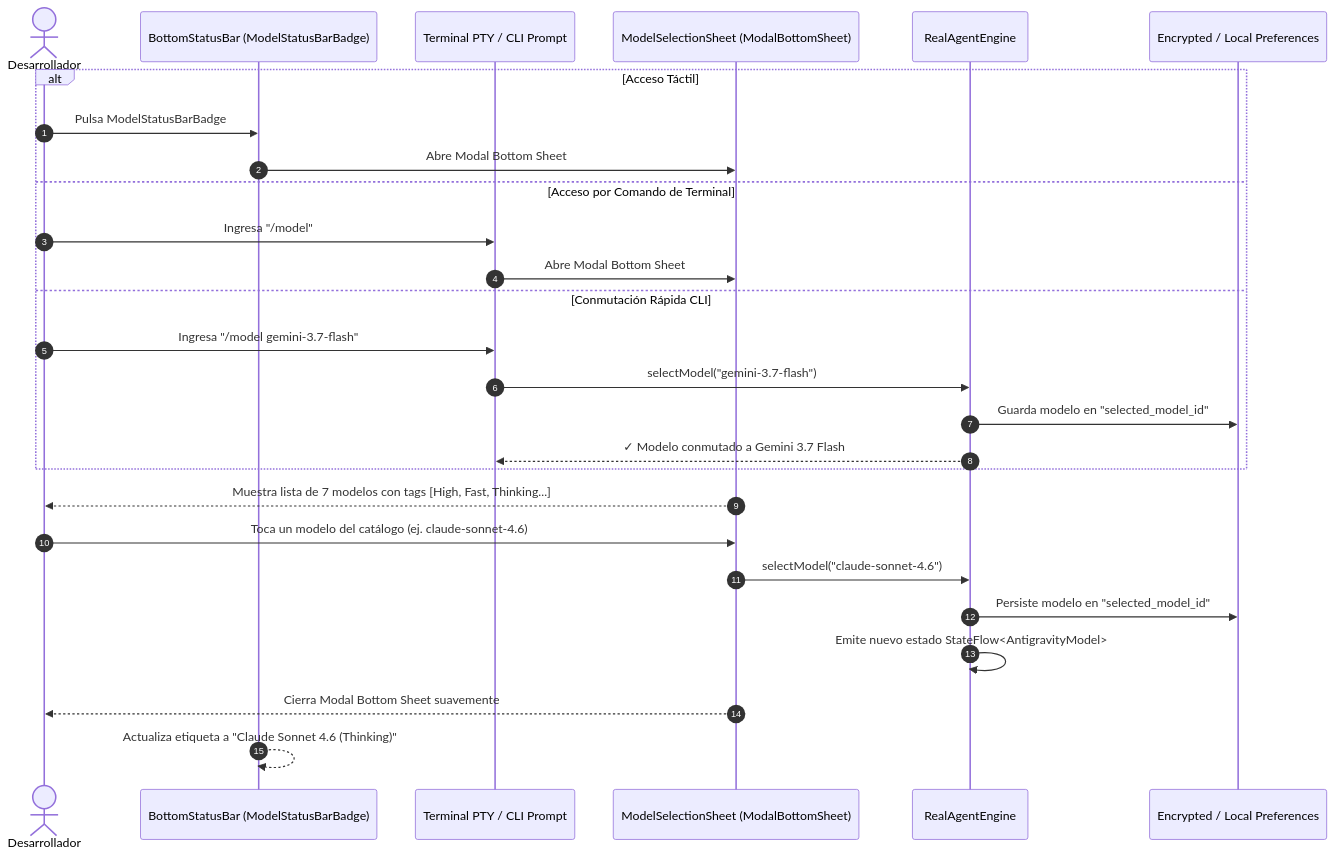
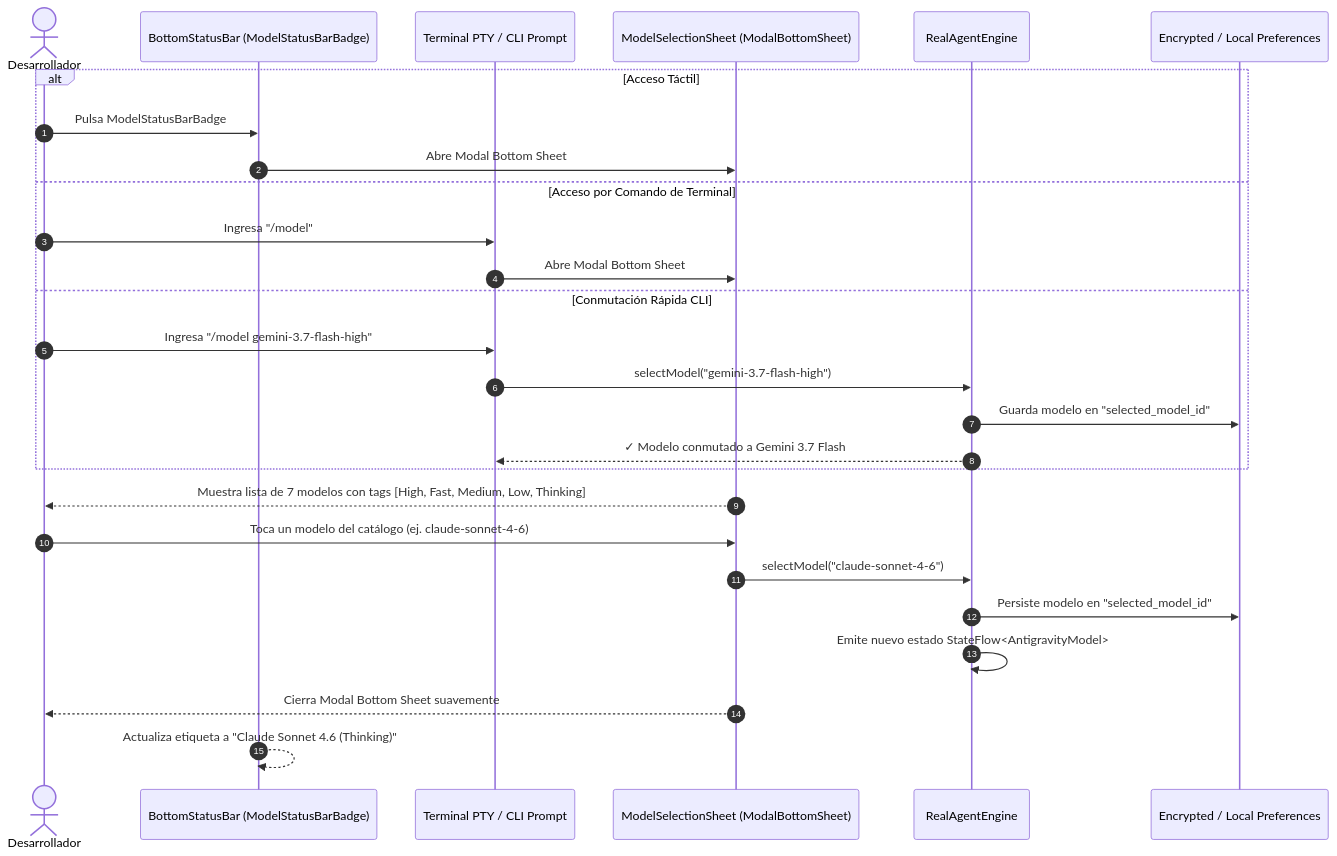
Before and after one commit to Yhoanes/antigravity-studio: the fourth of 4 diagrams in specs/02-google-oauth-agent.md, drawn with Mermaid. The commit also changed other lines of this file and 4 other files, not shown here.

````diff
--- a/specs/02-google-oauth-agent.md
+++ b/specs/02-google-oauth-agent.md
@@ -677,31 +699,31 @@
 ```mermaid
 sequenceDiagram
     autonumber
     actor Dev as Desarrollador
     participant Bar as BottomStatusBar (ModelStatusBarBadge)
     participant Term as Terminal PTY / CLI Prompt
     participant Sheet as ModelSelectionSheet (ModalBottomSheet)
     participant Engine as RealAgentEngine
     participant Store as Encrypted / Local Preferences
 
     alt Acceso Táctil
         Dev->>Bar: Pulsa ModelStatusBarBadge
         Bar->>Sheet: Abre Modal Bottom Sheet
     else Acceso por Comando de Terminal
         Dev->>Term: Ingresa "/model"
         Term->>Sheet: Abre Modal Bottom Sheet
     else Conmutación Rápida CLI
-        Dev->>Term: Ingresa "/model gemini-3.7-flash"
-        Term->>Engine: selectModel("gemini-3.7-flash")
+        Dev->>Term: Ingresa "/model gemini-3.7-flash-high"
+        Term->>Engine: selectModel("gemini-3.7-flash-high")
         Engine->>Store: Guarda modelo en "selected_model_id"
         Engine-->>Term: ✓ Modelo conmutado a Gemini 3.7 Flash
     end
 
-    Sheet-->>Dev: Muestra lista de 7 modelos con tags [High, Fast, Thinking...]
-    Dev->>Sheet: Toca un modelo del catálogo (ej. claude-sonnet-4.6)
-    Sheet->>Engine: selectModel("claude-sonnet-4.6")
+    Sheet-->>Dev: Muestra lista de 7 modelos con tags [High, Fast, Medium, Low, Thinking]
+    Dev->>Sheet: Toca un modelo del catálogo (ej. claude-sonnet-4-6)
+    Sheet->>Engine: selectModel("claude-sonnet-4-6")
     Engine->>Store: Persiste modelo en "selected_model_id"
     Engine->>Engine: Emite nuevo estado StateFlow<AntigravityModel>
     Sheet-->>Dev: Cierra Modal Bottom Sheet suavemente
     Bar-->>Bar: Actualiza etiqueta a "Claude Sonnet 4.6 (Thinking)"
 ```
````
